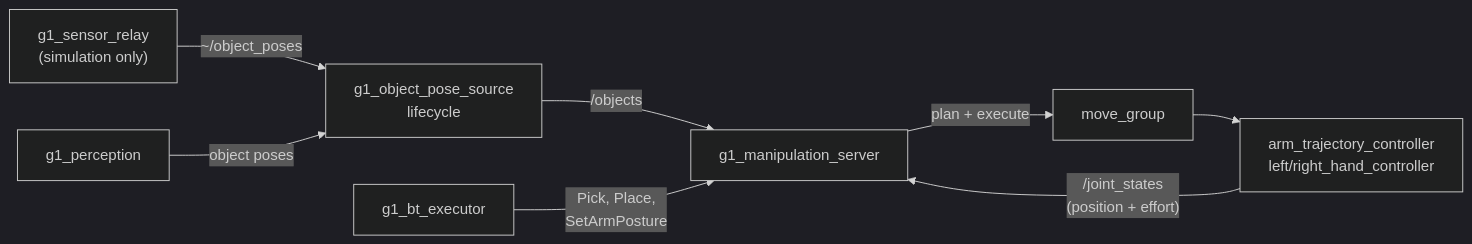
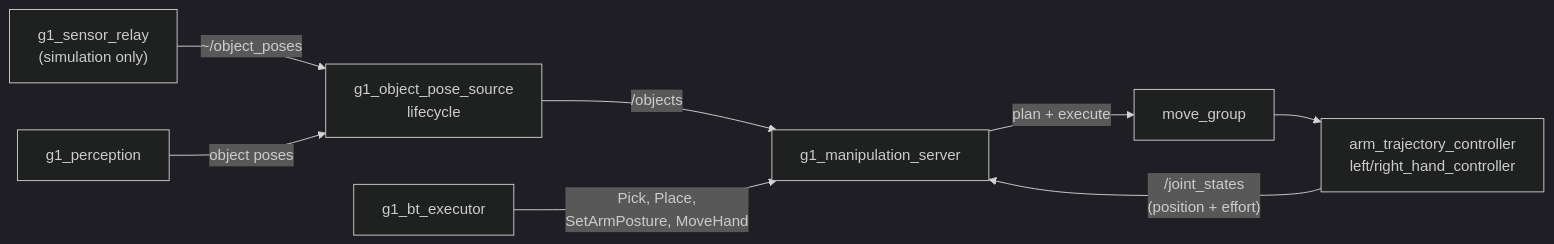
One commit to Adyansh04/grove-g1 changed the diagram in workspace/src/g1_manipulation/README.md. Above: the diagram before and after it, drawn with Mermaid (dark theme). The commit also changed other lines of this file and 8 other files, not shown here.

First line of the commit message:
Add a MoveHand action for pointing and gestures

````diff
--- a/workspace/src/g1_manipulation/README.md
+++ b/workspace/src/g1_manipulation/README.md
@@ -6,10 +6,10 @@
 ```mermaid
 flowchart LR
     REL["g1_sensor_relay<br/>(simulation only)"] -- "~/object_poses" --> SRC
     PER["g1_perception"] -- "object poses" --> SRC
     SRC["g1_object_pose_source<br/>lifecycle"] -- "/objects" --> SRV
-    BT["g1_bt_executor"] -- "Pick, Place,<br/>SetArmPosture" --> SRV
+    BT["g1_bt_executor"] -- "Pick, Place,<br/>SetArmPosture, MoveHand" --> SRV
     SRV["g1_manipulation_server"] -- "plan + execute" --> MG["move_group"]
     MG --> JTC["arm_trajectory_controller<br/>left/right_hand_controller"]
     JTC -- "/joint_states<br/>(position + effort)" --> SRV
 ```
````
